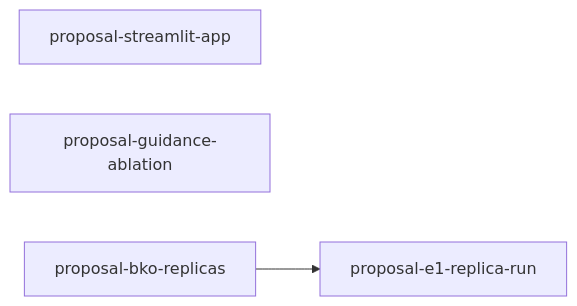
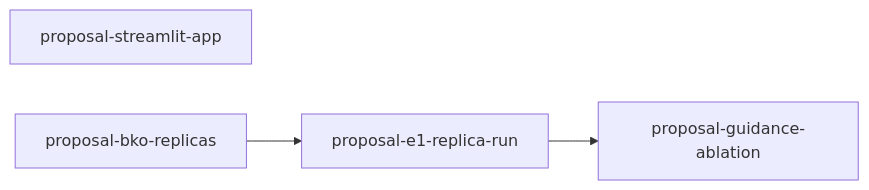
One commit to joe-dartmouth/synthetic changed the diagram in tasks/proposal-index.md. Above: the diagram before and after it, drawn with Mermaid. The commit also changed other lines of this file and 3 other files, not shown here.

Commit message:
Run the guidance ablation in E1's Haiku configuration (#23)

````diff
--- a/tasks/proposal-index.md
+++ b/tasks/proposal-index.md
@@ -18,6 +18,6 @@
 ```mermaid
 flowchart LR
     streamlit_app[proposal-streamlit-app]
-    guidance_ablation[proposal-guidance-ablation]
     bko_replicas[proposal-bko-replicas] --> e1_replica_run[proposal-e1-replica-run]
+    e1_replica_run --> guidance_ablation[proposal-guidance-ablation]
 ```
````
